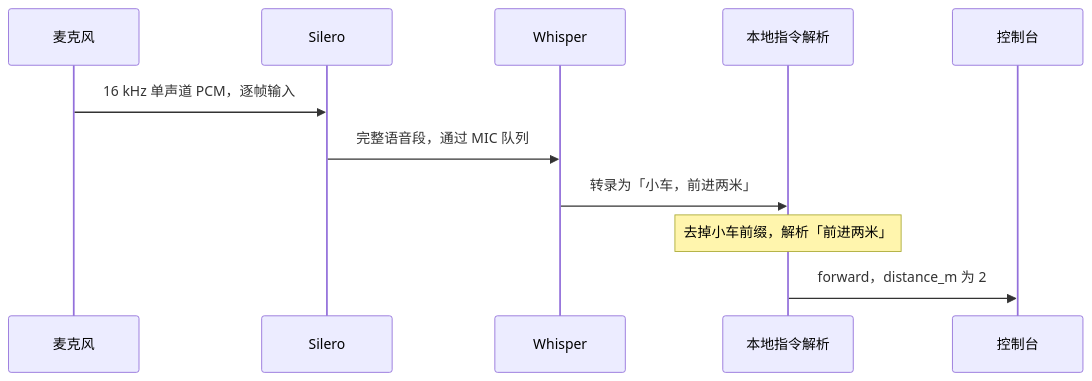
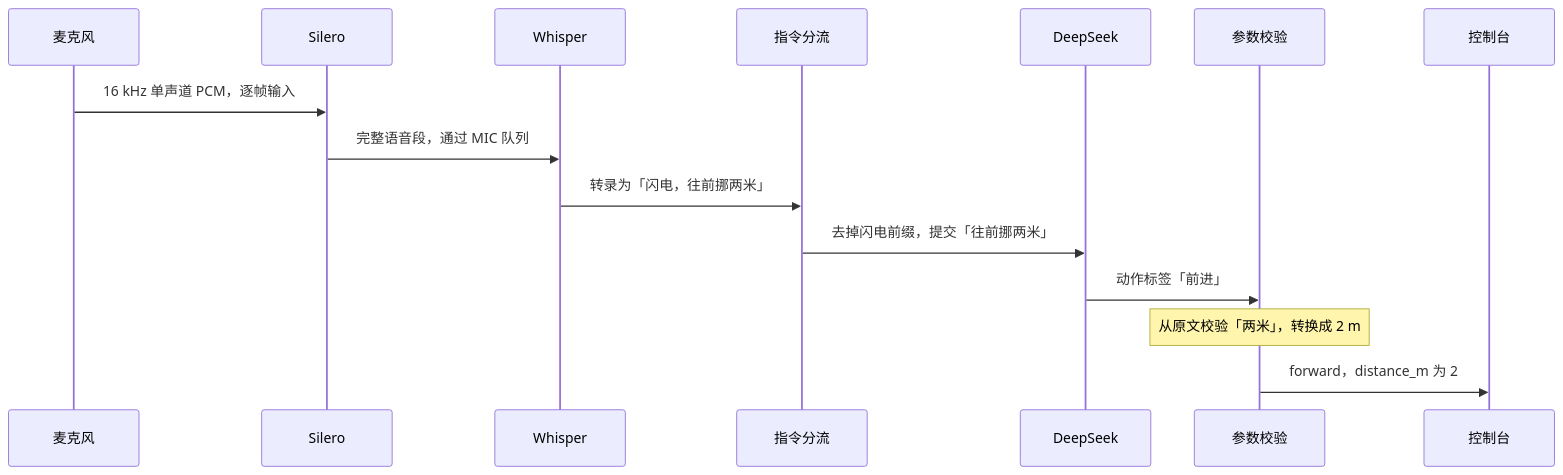
The third of 3 diagrams in demo/smart_car/voice_control/docs/flow.md (hhlqwq/models_deploy), drawn with Mermaid before and after one commit. The commit also changed other lines of this file and 5 other files, not shown here.

````diff
--- a/demo/smart_car/voice_control/docs/flow.md
+++ b/demo/smart_car/voice_control/docs/flow.md
@@ -85,14 +88,18 @@
 ```mermaid
 sequenceDiagram
     participant A as 麦克风
     participant V as Silero
     participant W as Whisper
-    participant C as 本地指令解析
+    participant C as 指令分流
+    participant L as DeepSeek
+    participant P as 参数校验
     participant O as 控制台
 
     A->>V: 16 kHz 单声道 PCM，逐帧输入
     V->>W: 完整语音段，通过 MIC 队列
-    W->>C: 转录为「小车，前进两米」
-    Note over C: 去掉小车前缀，解析「前进两米」
-    C->>O: forward，distance_m 为 2
+    W->>C: 转录为「闪电，往前挪两米」
+    C->>L: 去掉闪电前缀，提交「往前挪两米」
+    L->>P: 动作标签「前进」
+    Note over P: 从原文校验「两米」，转换成 2 m
+    P->>O: forward，distance_m 为 2
 ```
````
